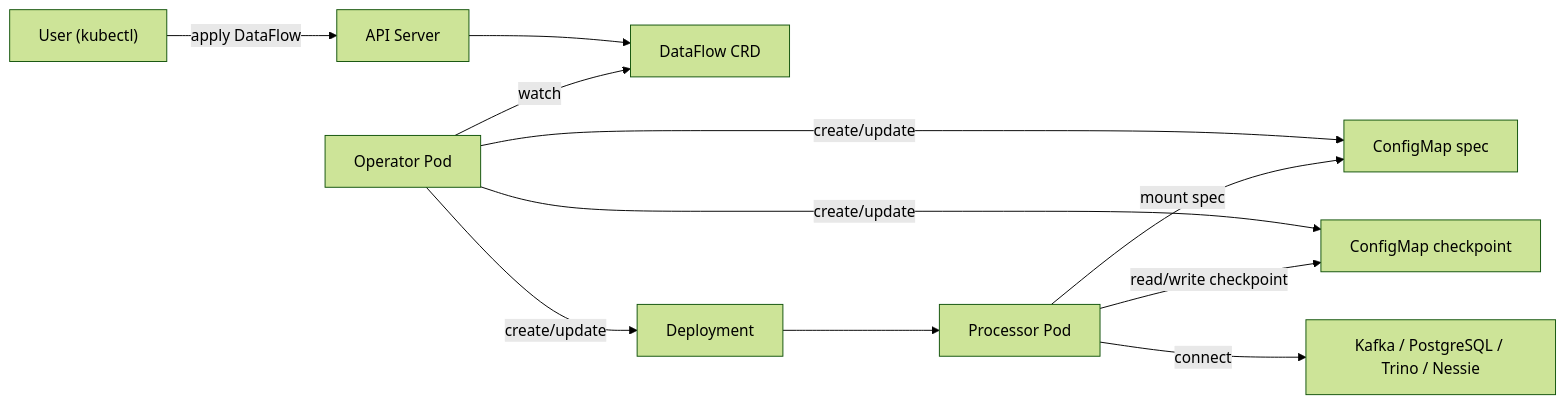
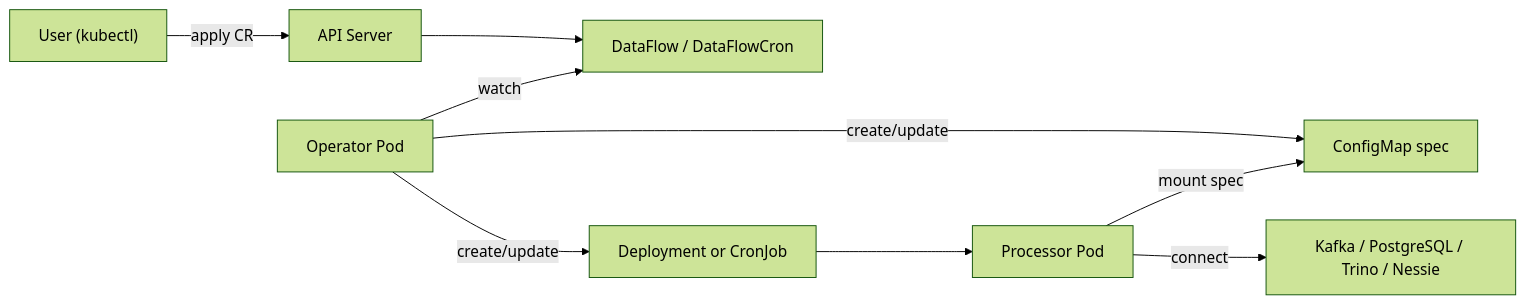
One commit to dataflow-operator/docs changed the second of 3 diagrams in docs/en/architecture.md. Above: the diagram before and after it, drawn with Mermaid (forest theme). The commit also changed other lines of this file and 33 other files, not shown here.

````diff
--- a/docs/en/architecture.md
+++ b/docs/en/architecture.md
@@ -168,23 +100,20 @@
 ```mermaid
 flowchart LR
   User["User (kubectl)"]
   API["API Server"]
-  CRD["DataFlow CRD"]
+  CRD["DataFlow / DataFlowCron"]
   Operator["Operator Pod"]
   CMSpec["ConfigMap spec"]
-  CMCheckpoint["ConfigMap checkpoint"]
-  Dep["Deployment"]
+  Workload["Deployment or CronJob"]
   Proc["Processor Pod"]
   Ext["Kafka / PostgreSQL / Trino / Nessie"]
 
-  User -->|"apply DataFlow"| API
+  User -->|"apply CR"| API
   API --> CRD
   Operator -->|watch| CRD
   Operator -->|create/update| CMSpec
-  Operator -->|create/update| CMCheckpoint
-  Operator -->|create/update| Dep
-  Dep --> Proc
+  Operator -->|create/update| Workload
+  Workload --> Proc
   Proc -->|mount spec| CMSpec
-  Proc -->|read/write checkpoint| CMCheckpoint
   Proc -->|connect| Ext
 ```
````
